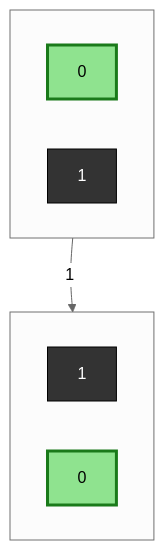
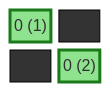
The first of 7 diagrams in src/main/java/mx/jovannypcg/base/p66_shortestpathinbinarymatrix/README.md (jovannypcg/dsa), drawn with Mermaid (neutral theme) before and after one commit. The commit also changed other lines of this file and 5 other files, not shown here.

````diff
--- a/src/main/java/mx/jovannypcg/base/p66_shortestpathinbinarymatrix/README.md
+++ b/src/main/java/mx/jovannypcg/base/p66_shortestpathinbinarymatrix/README.md
@@ -29,20 +29,12 @@
 ```mermaid
-flowchart TD
-    subgraph Row0[" "]
-        direction LR
-        r0c0["0"]
-        r0c1["1"]
-    end
-    subgraph Row1[" "]
-        direction LR
-        r1c0["1"]
-        r1c1["0"]
-    end
-    Row0 ~~~ Row1
-    r0c0 -->|"1"| r1c1
+block-beta
+columns 2
+    r0c0["0 (1)"] r0c1["1"]
+    r1c0["1"] r1c1["0 (2)"]
     classDef zero fill:#eef6ff,stroke:#8fb8e0,color:#123
     classDef one fill:#333,stroke:#000,color:#fff
     classDef path fill:#8fe38f,stroke:#1a7a1a,stroke-width:3px,color:#000
+    classDef blocked fill:#e38f8f,stroke:#a11111,stroke-width:3px,color:#000
+    class r0c1,r1c0 one
     class r0c0,r1c1 path
-    class r0c1,r1c0 one
 ```
````
